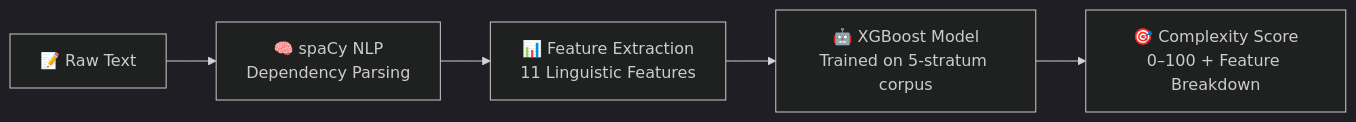
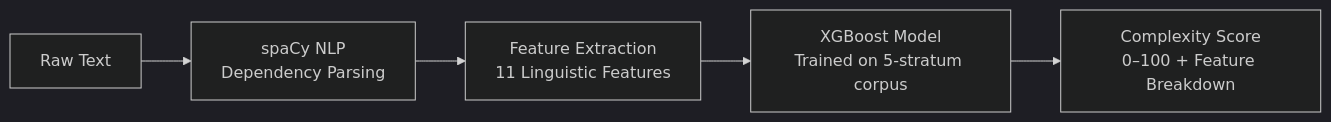
Before and after one commit to ayushcode001/philos-index: the diagram in README.md, drawn with Mermaid (dark theme). The commit also changed other lines of this file, not shown here.

````diff
--- a/README.md
+++ b/README.md
@@ -35,7 +35,7 @@
 ```mermaid
 graph LR
-    A["📝 Raw Text"] --> B["🧠 spaCy NLP<br/>Dependency Parsing"]
-    B --> C["📊 Feature Extraction<br/>11 Linguistic Features"]
-    C --> D["🤖 XGBoost Model<br/>Trained on 5-stratum corpus"]
-    D --> E["🎯 Complexity Score<br/>0–100 + Feature Breakdown"]
+    A[" Raw Text"] --> B[" spaCy NLP<br/>Dependency Parsing"]
+    B --> C[" Feature Extraction<br/>11 Linguistic Features"]
+    C --> D[" XGBoost Model<br/>Trained on 5-stratum corpus"]
+    D --> E[" Complexity Score<br/>0–100 + Feature Breakdown"]
 ```
````
